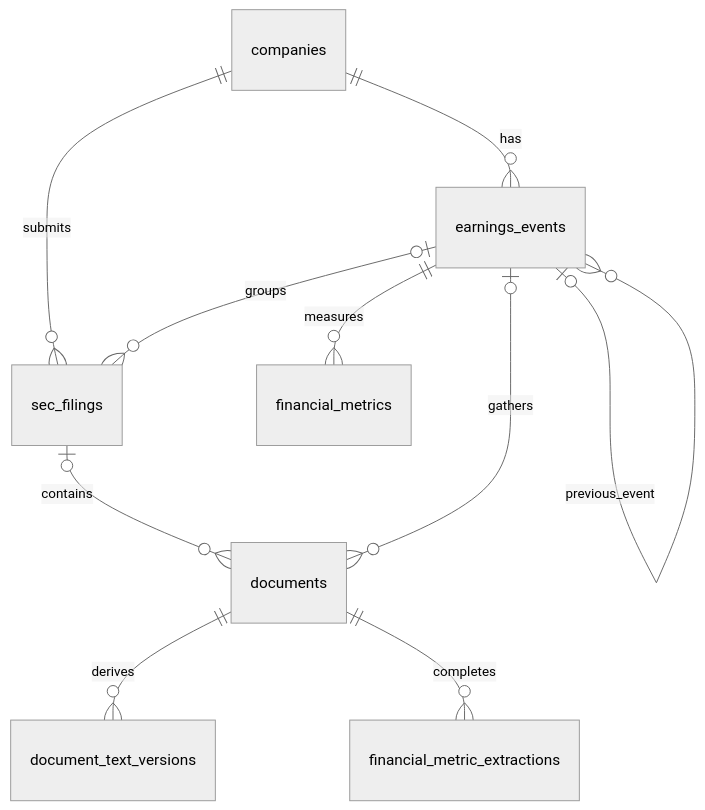
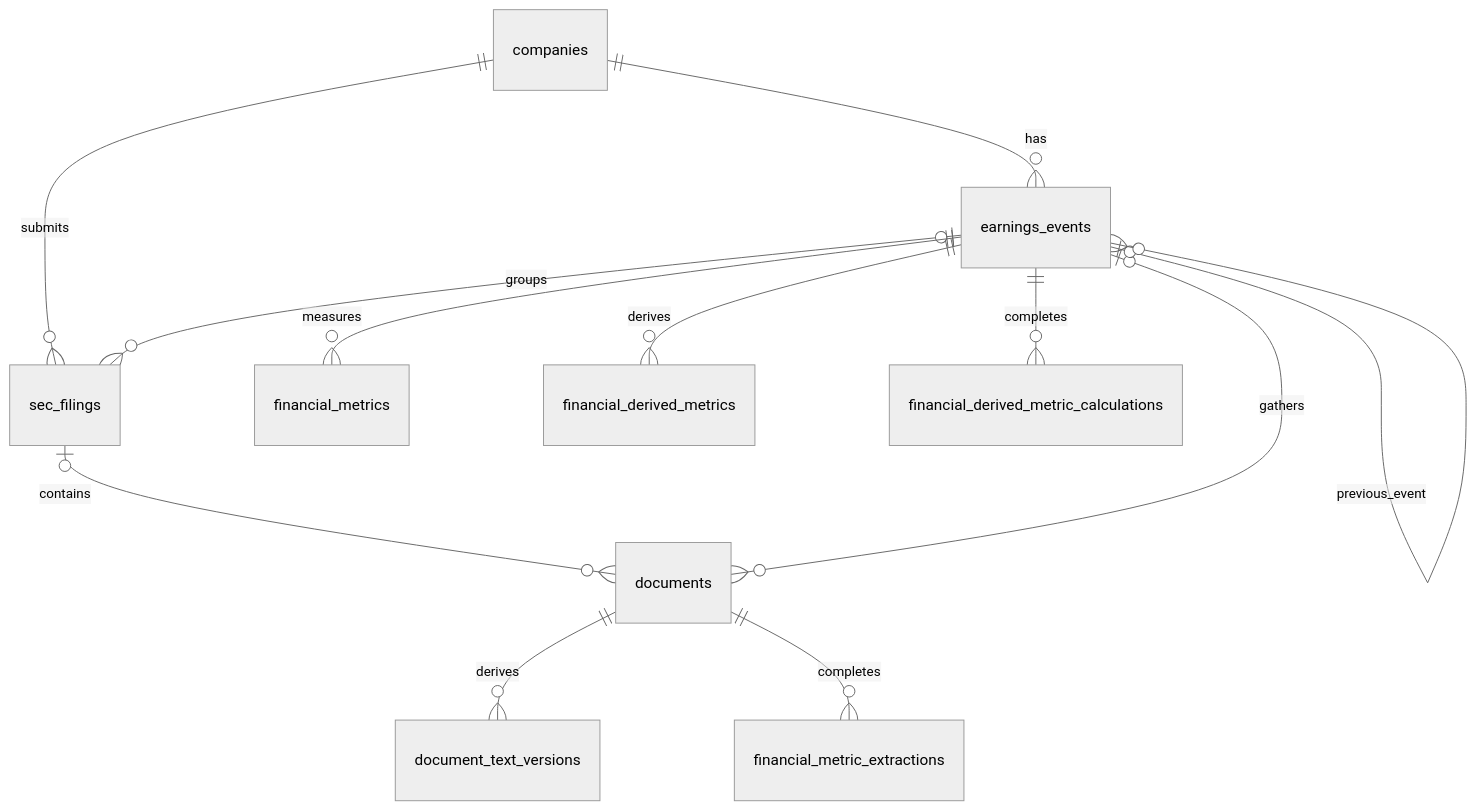
Diagram 12 of 15 in docs/visual-guide.md (thstamod/chiron-core), drawn with Mermaid (neutral theme) before and after one commit. The commit also changed other lines of this file and 11 other files, not shown here.

````diff
--- a/docs/visual-guide.md
+++ b/docs/visual-guide.md
@@ -292,12 +317,14 @@
 ```mermaid
 erDiagram
     companies ||--o{ sec_filings : submits
     companies ||--o{ earnings_events : has
     earnings_events o|--o{ sec_filings : groups
     sec_filings o|--o{ documents : contains
     earnings_events o|--o{ documents : gathers
     documents ||--o{ document_text_versions : derives
     documents ||--o{ financial_metric_extractions : completes
     earnings_events ||--o{ financial_metrics : measures
+    earnings_events ||--o{ financial_derived_metrics : derives
+    earnings_events ||--o{ financial_derived_metric_calculations : completes
     earnings_events o|--o{ earnings_events : previous_event
 ```
````
